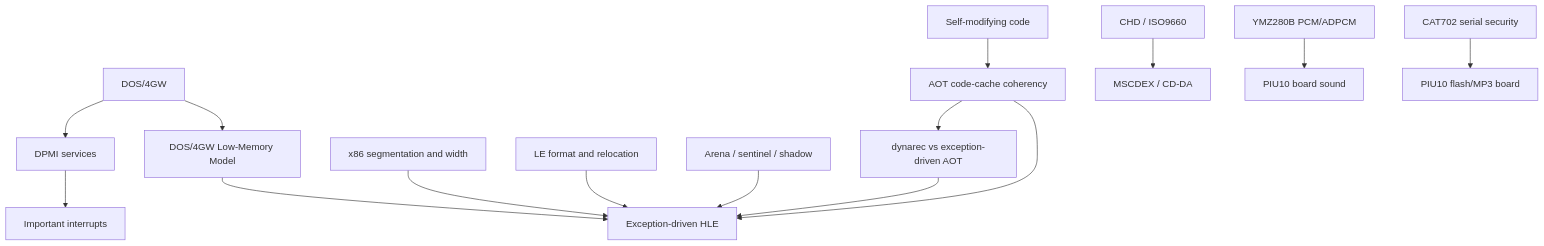
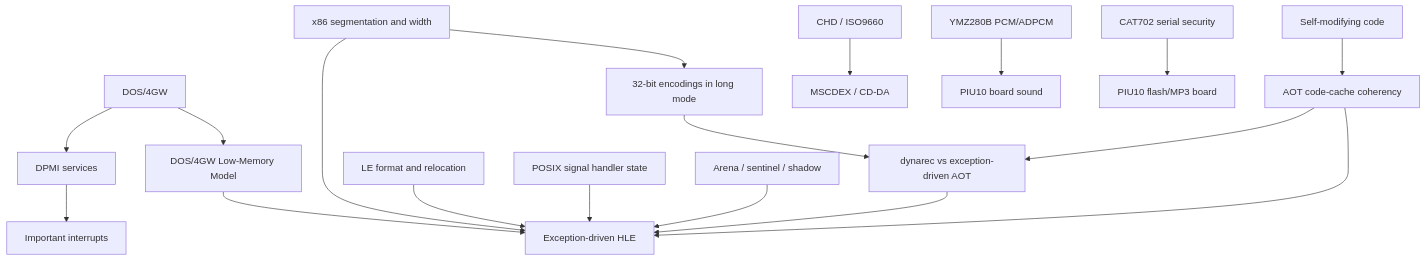
One commit to nworkers/rePIU changed the diagram in docs/kb/README.md. Above: the diagram before and after it, drawn with Mermaid. The commit also changed other lines of this file and 56 other files, not shown here.

````diff
--- a/docs/kb/README.md
+++ b/docs/kb/README.md
@@ -7,17 +7,20 @@
 ```mermaid
 flowchart TD
     DOS["DOS/4GW"] --> DPMI["DPMI services"]
     DOS --> LOWMEM["DOS/4GW Low-Memory Model"]
     DPMI --> INT["Important interrupts"]
     CPU["x86 segmentation and width"] --> HLE["Exception-driven HLE"]
+    CPU --> LONG["32-bit encodings in long mode"]
+    LONG --> DYNAREC
     LE["LE format and relocation"] --> HLE
+    SIG["POSIX signal handler state"] --> HLE
     LOWMEM --> HLE
     TERMS["Arena / sentinel / shadow"] --> HLE
     SMC["Self-modifying code"] --> CACHE["AOT code-cache coherency"]
     CACHE --> DYNAREC["dynarec vs exception-driven AOT"]
     DYNAREC --> HLE
     CACHE --> HLE
     CHD["CHD / ISO9660"] --> MSCDEX["MSCDEX / CD-DA"]
     YMZ["YMZ280B PCM/ADPCM"] --> SOUND["PIU10 board sound"]
     CAT["CAT702 serial security"] --> PIU10["PIU10 flash/MP3 board"]
 ```
````
